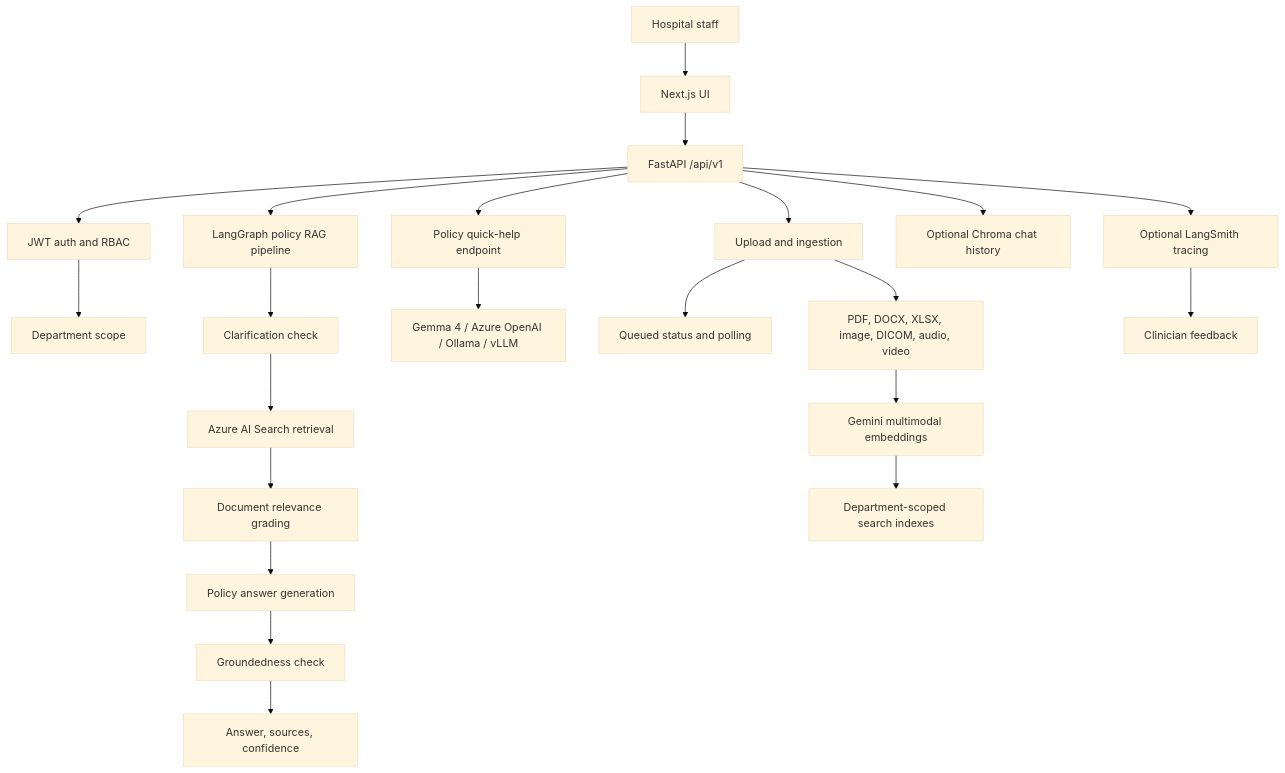
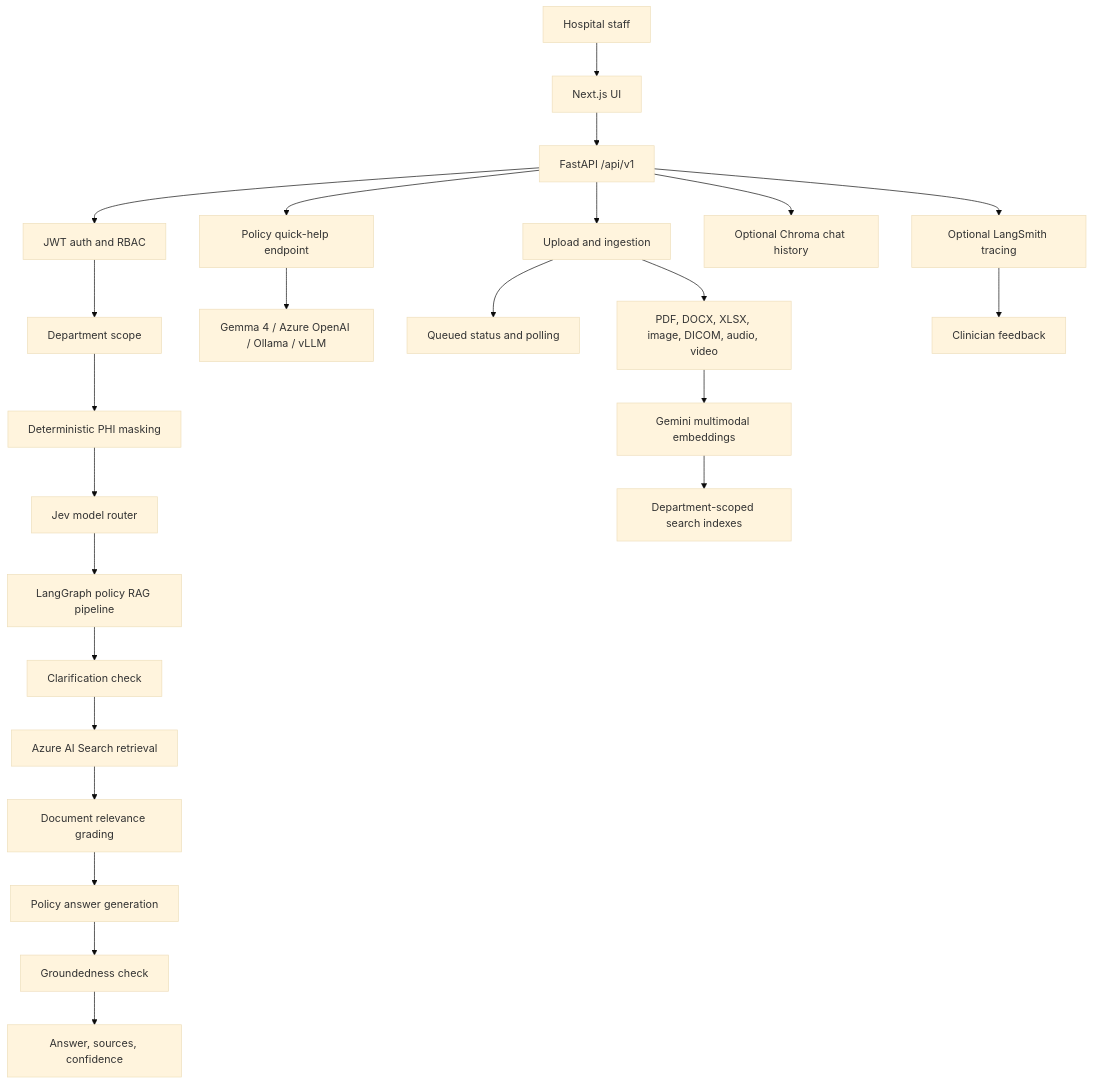
One commit to Anudeepsrib/ClinIQ changed the diagram in README.md. Above: the diagram before and after it, drawn with Mermaid (base theme). The commit also changed other lines of this file and 18 other files, not shown here.

````diff
--- a/README.md
+++ b/README.md
@@ -97,28 +98,30 @@
 ```mermaid
 graph TD
     User["Hospital staff"] --> Frontend["Next.js UI"]
     Frontend --> API["FastAPI /api/v1"]
     API --> Auth["JWT auth and RBAC"]
     Auth --> Dept["Department scope"]
+    Dept --> Mask["Deterministic PHI masking"]
+    Mask --> Router["Jev model router"]
 
-    API --> Graph["LangGraph policy RAG pipeline"]
+    Router --> Graph["LangGraph policy RAG pipeline"]
     Graph --> Clarify["Clarification check"]
     Clarify --> Retrieve["Azure AI Search retrieval"]
     Retrieve --> Grade["Document relevance grading"]
     Grade --> Generate["Policy answer generation"]
     Generate --> Verify["Groundedness check"]
     Verify --> Response["Answer, sources, confidence"]
 
     API --> QuickHelp["Policy quick-help endpoint"]
     QuickHelp --> Provider["Gemma 4 / Azure OpenAI / Ollama / vLLM"]
 
     API --> Ingest["Upload and ingestion"]
     Ingest --> Job["Queued status and polling"]
     Ingest --> Parse["PDF, DOCX, XLSX, image, DICOM, audio, video"]
     Parse --> Embed["Gemini multimodal embeddings"]
     Embed --> SearchIndex["Department-scoped search indexes"]
 
     API --> History["Optional Chroma chat history"]
     API --> Trace["Optional LangSmith tracing"]
     Trace --> Feedback["Clinician feedback"]
 ```
````
